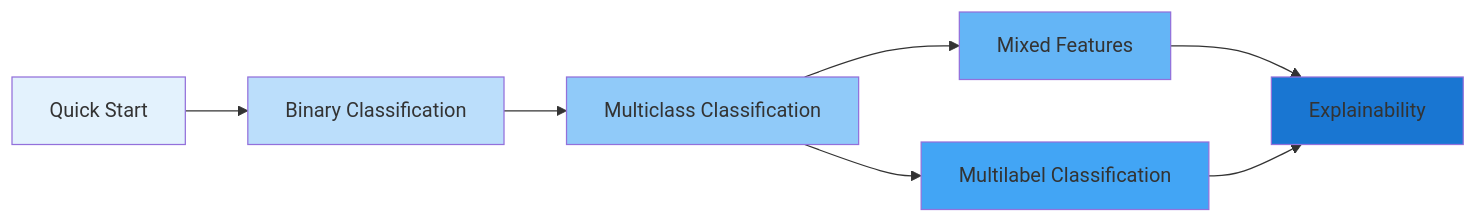
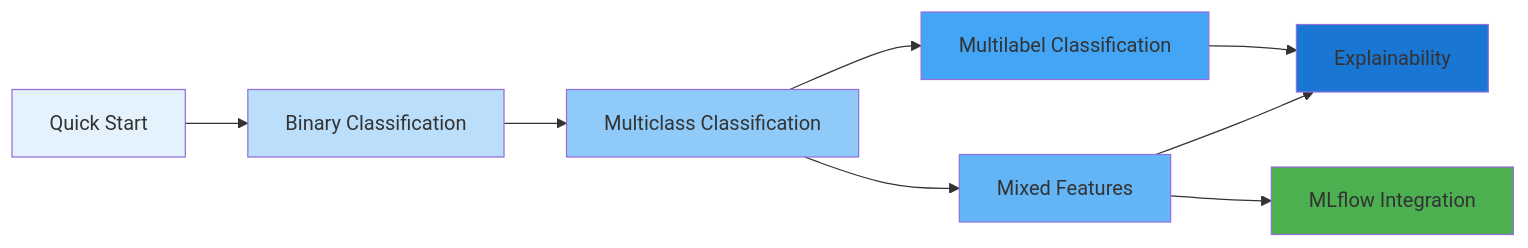
One commit to InseeFrLab/torchTextClassifiers changed the diagram in docs/source/tutorials/index.md. Above: the diagram before and after it, drawn with Mermaid. The commit also changed other lines of this file and 9 other files, not shown here.

First line of the commit message:
docs: Add MLflow integration tutorial and example

````diff
--- a/docs/source/tutorials/index.md
+++ b/docs/source/tutorials/index.md
@@ -125,16 +142,18 @@
 ```{mermaid}
 graph LR
     A[Quick Start] --> B[Binary Classification]
     B --> C[Multiclass Classification]
     C --> D[Mixed Features]
     C --> F[Multilabel Classification]
     D --> E[Explainability]
+    D --> G[MLflow Integration]
     F --> E
 
     style A fill:#e3f2fd
     style B fill:#bbdefb
     style C fill:#90caf9
     style D fill:#64b5f6
     style E fill:#1976d2
     style F fill:#42a5f5
+    style G fill:#4caf50
 ```
````
